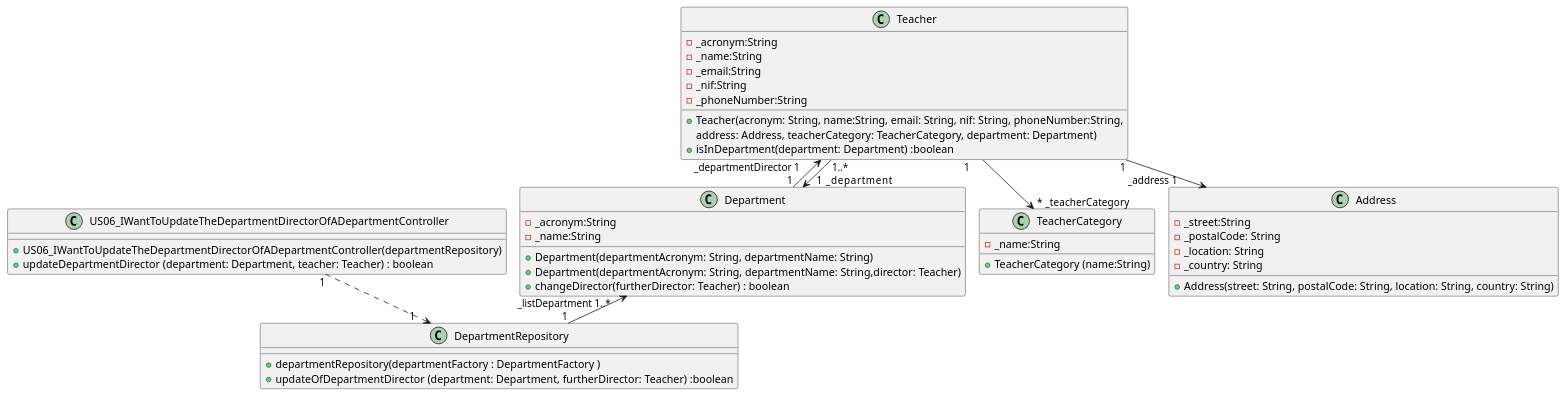
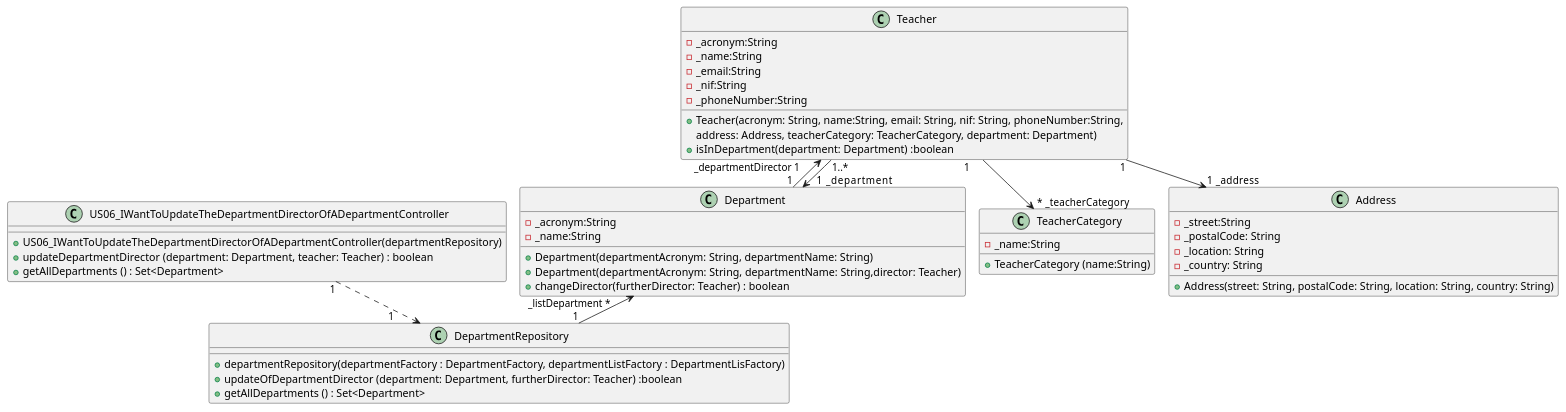
Before and after one commit to GasparISEP/DevOps-PAI: the diagram in docs/US06/US06_UpdateDepartmentDirectorOfADepartment_ClassDiagram.puml, drawn with PlantUML.

Commit message:
US06 class diagram - add departmentListFactory as an attribute in DepartmentRepository

```diff
--- a/docs/US06/US06_UpdateDepartmentDirectorOfADepartment_ClassDiagram.puml
+++ b/docs/US06/US06_UpdateDepartmentDirectorOfADepartment_ClassDiagram.puml
@@ -1,54 +1,56 @@
 @startuml
 !pragma layout smetana
 'left to right direction
 
 class US06_IWantToUpdateTheDepartmentDirectorOfADepartmentController {
     +US06_IWantToUpdateTheDepartmentDirectorOfADepartmentController(departmentRepository)
     +updateDepartmentDirector (department: Department, teacher: Teacher) : boolean
+    +getAllDepartments () : Set<Department>
 }
 
 class Department {
     -_acronym:String
     -_name:String
     +Department(departmentAcronym: String, departmentName: String)
     +Department(departmentAcronym: String, departmentName: String,director: Teacher)
     +changeDirector(furtherDirector: Teacher) : boolean
 }
 
 class DepartmentRepository {
-    +departmentRepository(departmentFactory : DepartmentFactory )
+    +departmentRepository(departmentFactory : DepartmentFactory, departmentListFactory : DepartmentLisFactory)
     +updateOfDepartmentDirector (department: Department, furtherDirector: Teacher) :boolean
+    +getAllDepartments () : Set<Department>
 }
 
 class Teacher {
      -_acronym:String
      -_name:String
      -_email:String
      -_nif:String
      -_phoneNumber:String
      +Teacher(acronym: String, name:String, email: String, nif: String, phoneNumber:String,
      address: Address, teacherCategory: TeacherCategory, department: Department)
      +isInDepartment(department: Department) :boolean
 }
 
 class TeacherCategory {
     -_name:String
     + TeacherCategory (name:String)
 }
 
 class Address {
      -_street:String
      -_postalCode: String
      -_location: String
      -_country: String
      +Address(street: String, postalCode: String, location: String, country: String)
 }
 
-US06_IWantToUpdateTheDepartmentDirectorOfADepartmentController "1" ..> "1      " DepartmentRepository
-Teacher "1" --> "_address 1           " Address
+US06_IWantToUpdateTheDepartmentDirectorOfADepartmentController "1" ..> "1          " DepartmentRepository
+Teacher "1" --> "1  _address           " Address
 Teacher "1     " --> " *  _teacherCategory " TeacherCategory
 Teacher "_departmentDirector 1        " <-- "1" Department
 Teacher "1..*     " --> "     1    _department" Department
-Department "_listDepartment 1..*      " <-- "1" DepartmentRepository
+Department "_listDepartment *         " <-- "1" DepartmentRepository
 
 @enduml
```
